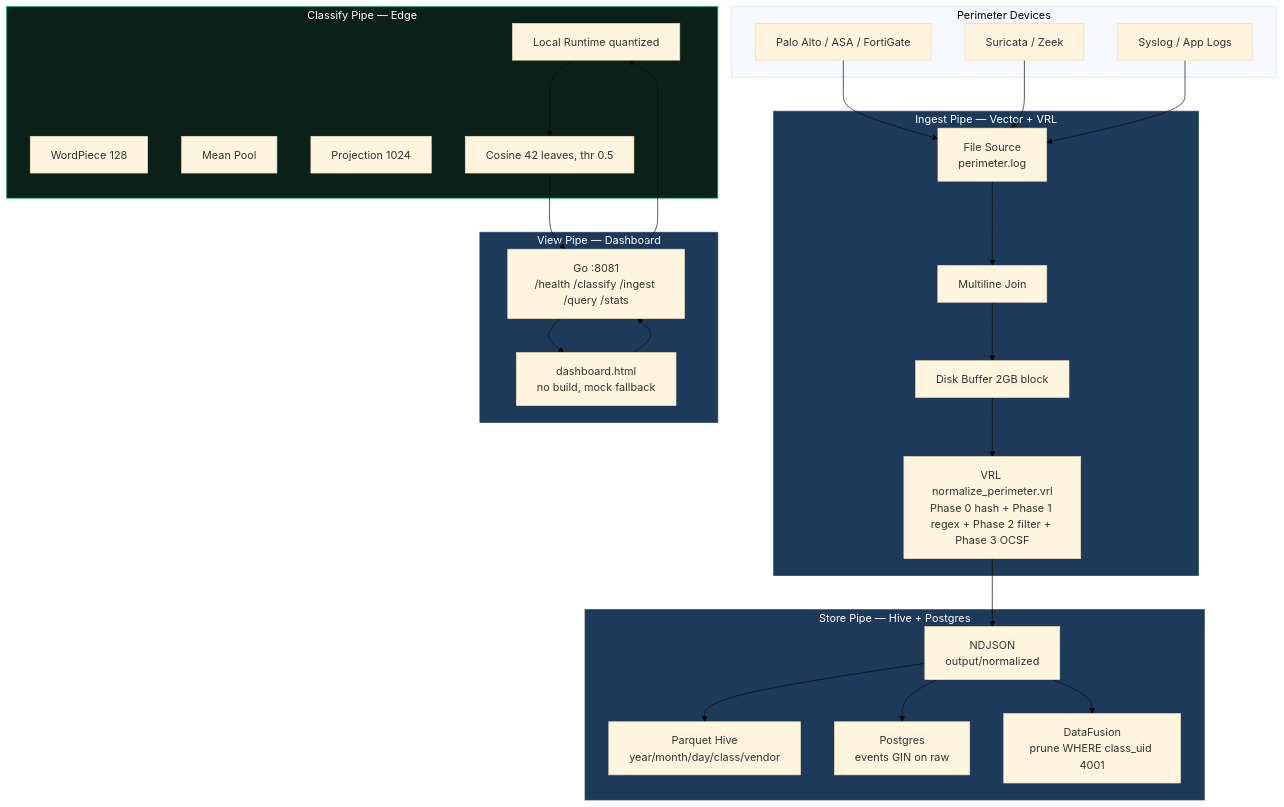
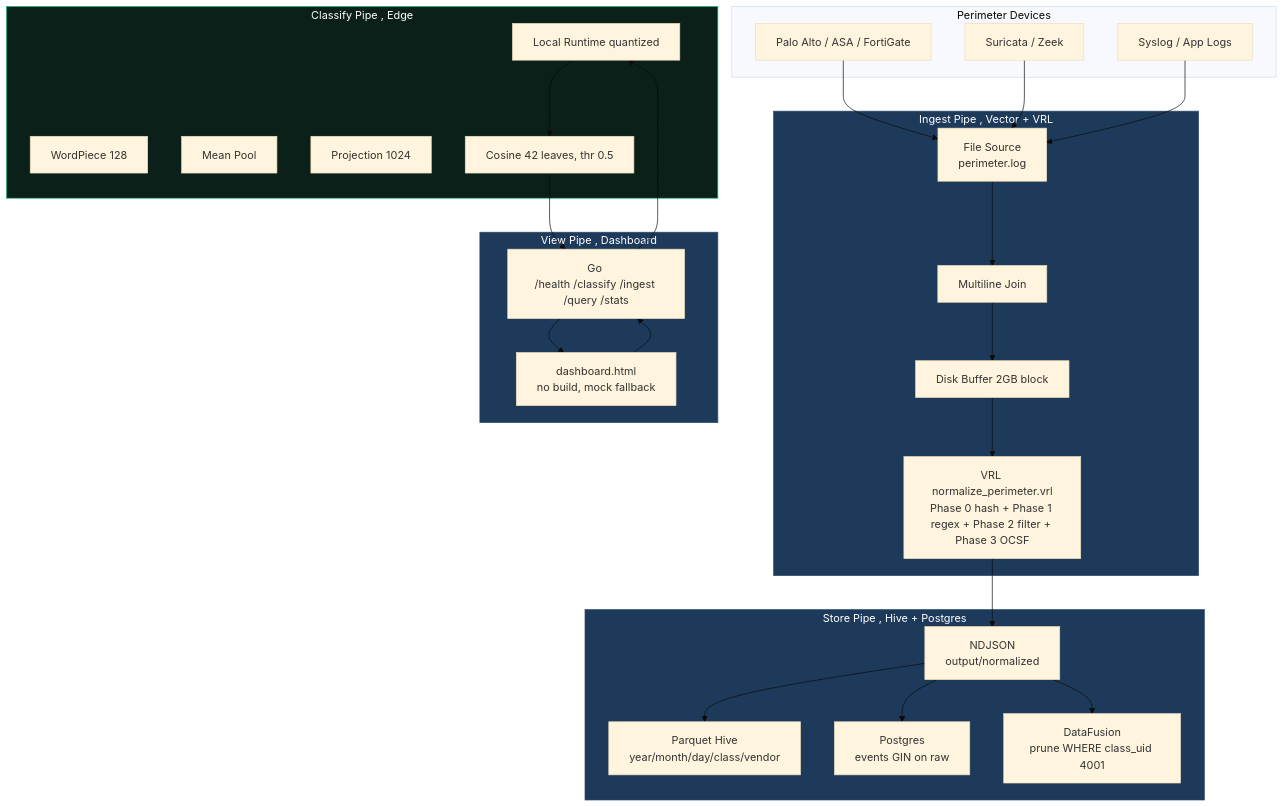
The first of 3 diagrams in docs/SYSTEM_ARCHITECTURE.md (LusterSourav/logforce), drawn with Mermaid (base theme) before and after one commit. The commit also changed other lines of this file, not shown here.

Commit message:
Update system architecture doc

````diff
--- a/docs/SYSTEM_ARCHITECTURE.md
+++ b/docs/SYSTEM_ARCHITECTURE.md
@@ -15,45 +15,45 @@
 ```mermaid
 flowchart TB
  subgraph Edge["Perimeter Devices"]
   FW[Palo Alto / ASA / FortiGate]
   IDS[Suricata / Zeek]
   APP[Syslog / App Logs]
  end
- subgraph Ingest["Ingest Pipe — Vector + VRL"]
+ subgraph Ingest["Ingest Pipe ,  Vector + VRL"]
   SRC[File Source<br/>perimeter.log]
   ML[Multiline Join]
   BUF[Disk Buffer 2GB block]
   VRL[VRL normalize_perimeter.vrl<br/>Phase 0 hash + Phase 1 regex + Phase 2 filter + Phase 3 OCSF]
  end
- subgraph Core["Classify Pipe — Edge"]
+ subgraph Core["Classify Pipe ,  Edge"]
   TOK[WordPiece 128]
   ONNX[Local Runtime quantized]
   POOL[Mean Pool]
   PROJ[Projection 1024]
   CLS[Cosine 42 leaves, thr 0.5]
  end
- subgraph Store["Store Pipe — Hive + Postgres"]
+ subgraph Store["Store Pipe ,  Hive + Postgres"]
   ND[NDJSON<br/>output/normalized]
   PARQ[Parquet Hive<br/>year/month/day/class/vendor]
   PG[Postgres<br/>events GIN on raw]
   DF[DataFusion<br/>prune WHERE class_uid 4001]
  end
- subgraph View["View Pipe — Dashboard"]
+ subgraph View["View Pipe ,  Dashboard"]
   UI[dashboard.html<br/>no build, mock fallback]
-  API[Go :8081<br/>/health /classify /ingest /query /stats]
+  API[Go <br/>/health /classify /ingest /query /stats]
  end
  FW --> SRC
  IDS --> SRC
  APP --> SRC
  SRC --> ML --> BUF --> VRL --> ND
  ND --> PARQ
  ND --> PG
  ND --> DF
  UI --> API
  API --> ONNX
  ONNX --> CLS --> API --> UI
  classDef ingest fill:#1E3A5A,stroke:#2A4A6A,color:#fff
  classDef core fill:#0B2018,stroke:#10B981,color:#fff
  class Ingest,Store,View ingest
  class Core core
 ```
````
